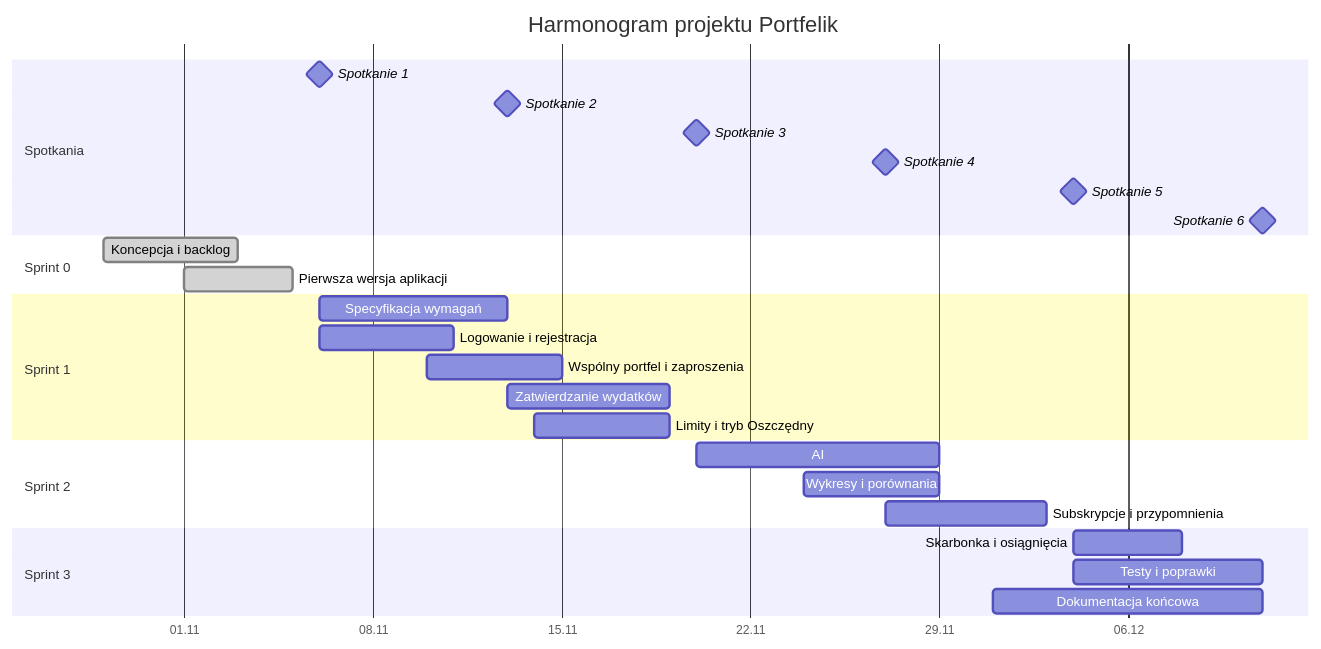
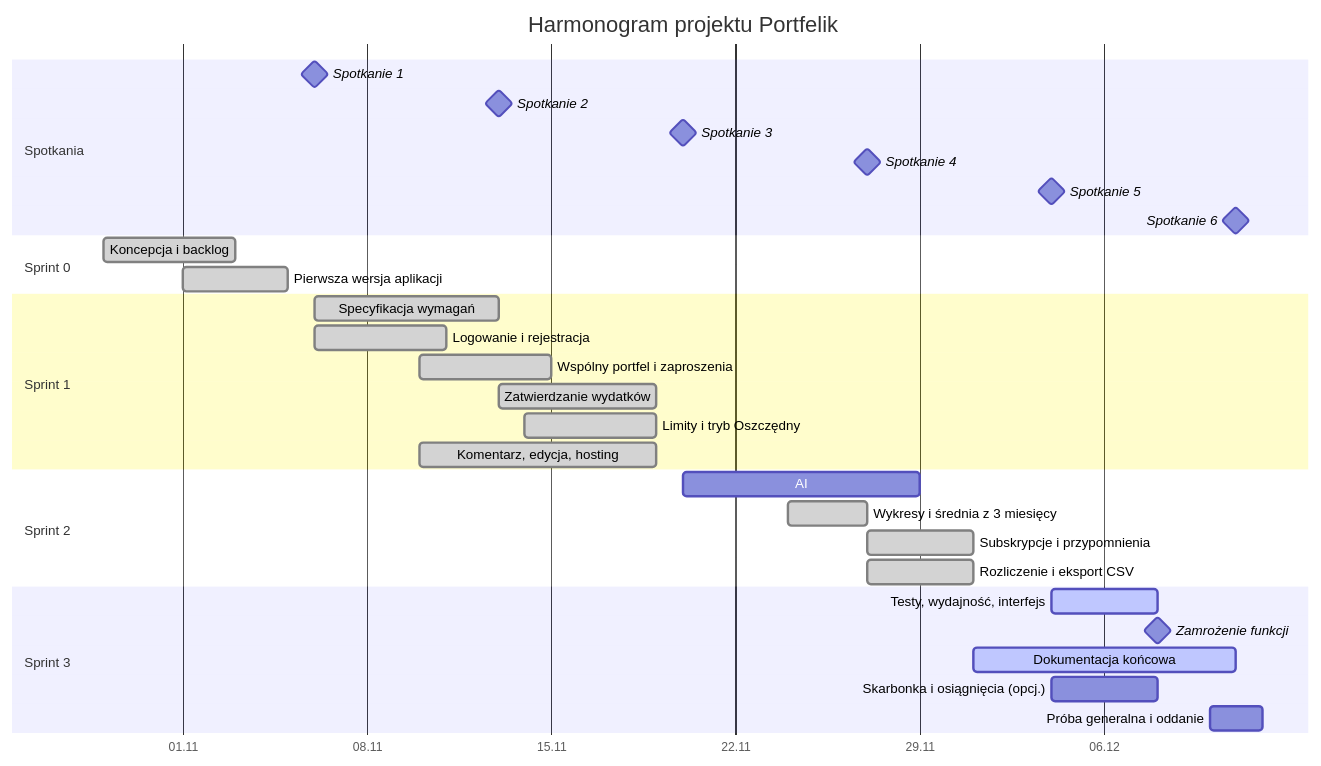
The diagram in docs/harmonogram.md (Quertikk/Portfelik), drawn with Mermaid before and after one commit. The commit also changed other lines of this file and 16 other files, not shown here.

First line of the commit message:
Dokumentacja końcowa: instrukcje, opis techniczny, scenariusze testowe, wytyczne

````diff
--- a/docs/harmonogram.md
+++ b/docs/harmonogram.md
@@ -23,35 +23,39 @@
 ```mermaid
 gantt
     title Harmonogram projektu Portfelik
     dateFormat YYYY-MM-DD
     axisFormat %d.%m
 
     section Spotkania
     Spotkanie 1                    :milestone, 2026-11-06, 0d
     Spotkanie 2                    :milestone, 2026-11-13, 0d
     Spotkanie 3                    :milestone, 2026-11-20, 0d
     Spotkanie 4                    :milestone, 2026-11-27, 0d
     Spotkanie 5                    :milestone, 2026-12-04, 0d
     Spotkanie 6                    :milestone, 2026-12-11, 0d
 
     section Sprint 0
     Koncepcja i backlog            :done, 2026-10-29, 5d
     Pierwsza wersja aplikacji      :done, 2026-11-01, 4d
 
     section Sprint 1
-    Specyfikacja wymagań           :2026-11-06, 7d
-    Logowanie i rejestracja        :2026-11-06, 5d
-    Wspólny portfel i zaproszenia  :2026-11-10, 5d
-    Zatwierdzanie wydatków         :2026-11-13, 6d
-    Limity i tryb Oszczędny        :2026-11-14, 5d
+    Specyfikacja wymagań           :done, 2026-11-06, 7d
+    Logowanie i rejestracja        :done, 2026-11-06, 5d
+    Wspólny portfel i zaproszenia  :done, 2026-11-10, 5d
+    Zatwierdzanie wydatków         :done, 2026-11-13, 6d
+    Limity i tryb Oszczędny        :done, 2026-11-14, 5d
+    Komentarz, edycja, hosting     :done, 2026-11-10, 9d
 
     section Sprint 2
-    AI: rozpoznawanie paragonów    :2026-11-20, 9d
-    Wykresy i porównania           :2026-11-24, 5d
-    Subskrypcje i przypomnienia    :2026-11-27, 6d
+    AI: rozpoznawanie paragonów    :done, 2026-11-20, 9d
+    Wykresy i średnia z 3 miesięcy :done, 2026-11-24, 3d
+    Subskrypcje i przypomnienia    :done, 2026-11-27, 4d
+    Rozliczenie i eksport CSV      :done, 2026-11-27, 4d
 
     section Sprint 3
-    Skarbonka i osiągnięcia        :2026-12-04, 4d
-    Testy i poprawki               :2026-12-04, 7d
-    Dokumentacja końcowa           :2026-12-01, 10d
+    Testy, wydajność, interfejs    :active, 2026-12-04, 4d
+    Zamrożenie funkcji             :milestone, 2026-12-08, 0d
+    Dokumentacja końcowa           :active, 2026-12-01, 10d
+    Skarbonka i osiągnięcia (opcj.) :2026-12-04, 4d
+    Próba generalna i oddanie      :2026-12-10, 2d
 ```
````
